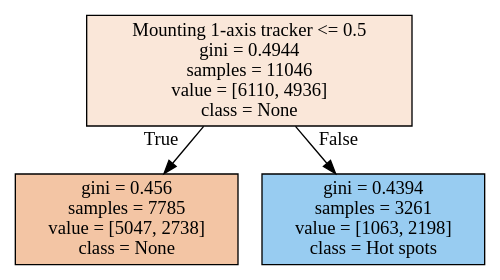
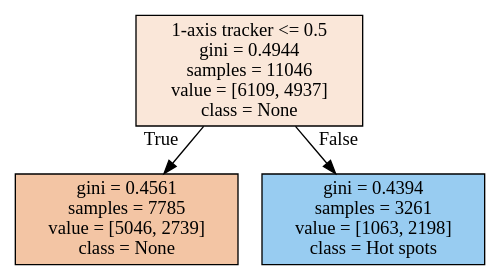
The diagram in degradation_modes/output/Cause Hot spots.dot (hackingmaterials/duramat), drawn with Graphviz before and after one commit. The commit also changed 22 other files, not shown here.

```diff
--- a/degradation_modes/output/Cause Hot spots.dot
+++ b/degradation_modes/output/Cause Hot spots.dot
@@ -1,8 +1,8 @@
 digraph Tree {
 node [shape=box, style="filled", color="black"] ;
-0 [label="Mounting 1-axis tracker <= 0.5\ngini = 0.4944\nsamples = 11046\nvalue = [6110, 4936]\nclass = None", fillcolor="#e5813931"] ;
-1 [label="gini = 0.456\nsamples = 7785\nvalue = [5047, 2738]\nclass = None", fillcolor="#e5813975"] ;
+0 [label="1-axis tracker <= 0.5\ngini = 0.4944\nsamples = 11046\nvalue = [6109, 4937]\nclass = None", fillcolor="#e5813931"] ;
+1 [label="gini = 0.4561\nsamples = 7785\nvalue = [5046, 2739]\nclass = None", fillcolor="#e5813975"] ;
 0 -> 1 [labeldistance=2.5, labelangle=45, headlabel="True"] ;
 2 [label="gini = 0.4394\nsamples = 3261\nvalue = [1063, 2198]\nclass = Hot spots", fillcolor="#399de584"] ;
 0 -> 2 [labeldistance=2.5, labelangle=-45, headlabel="False"] ;
 }
```
